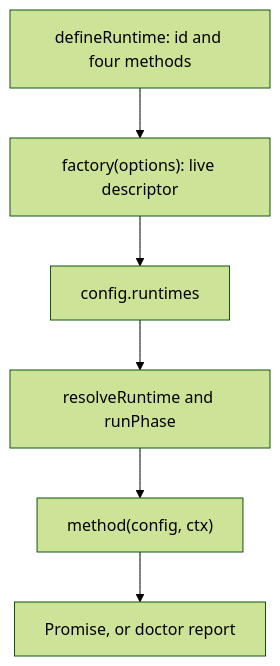
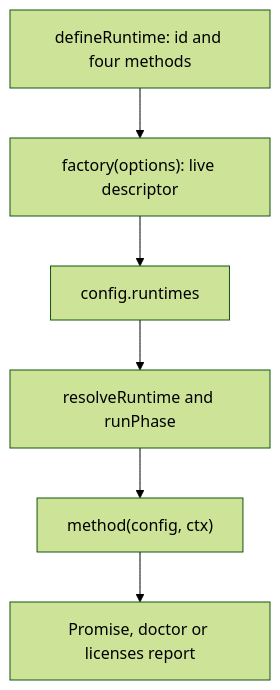
One commit to soundor/soundor changed the diagram in apps/website/content/docs/contribute/build-runtime/lifecycle.md. Above: the diagram before and after it, drawn with Mermaid (forest theme). The commit also changed other lines of this file and 61 other files, not shown here.

````diff
--- a/apps/website/content/docs/contribute/build-runtime/lifecycle.md
+++ b/apps/website/content/docs/contribute/build-runtime/lifecycle.md
@@ -21,8 +21,8 @@
 ```mermaid
 flowchart TD
     factory["defineRuntime: id and four methods"] --> descriptor["factory(options): live descriptor"]
     descriptor --> config["config.runtimes"]
     config --> dispatch["resolveRuntime and runPhase"]
     dispatch --> method["method(config, ctx)"]
-    method --> result["Promise<void>, or doctor report"]
+    method --> result["Promise<void>, doctor or licenses report"]
 ```
````
